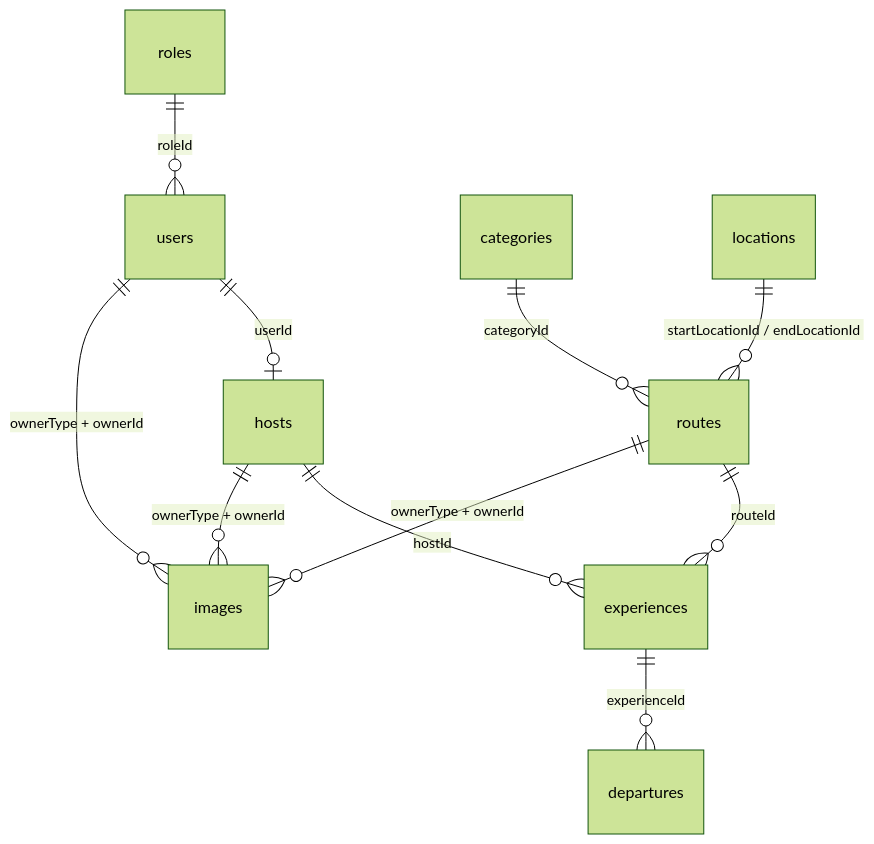
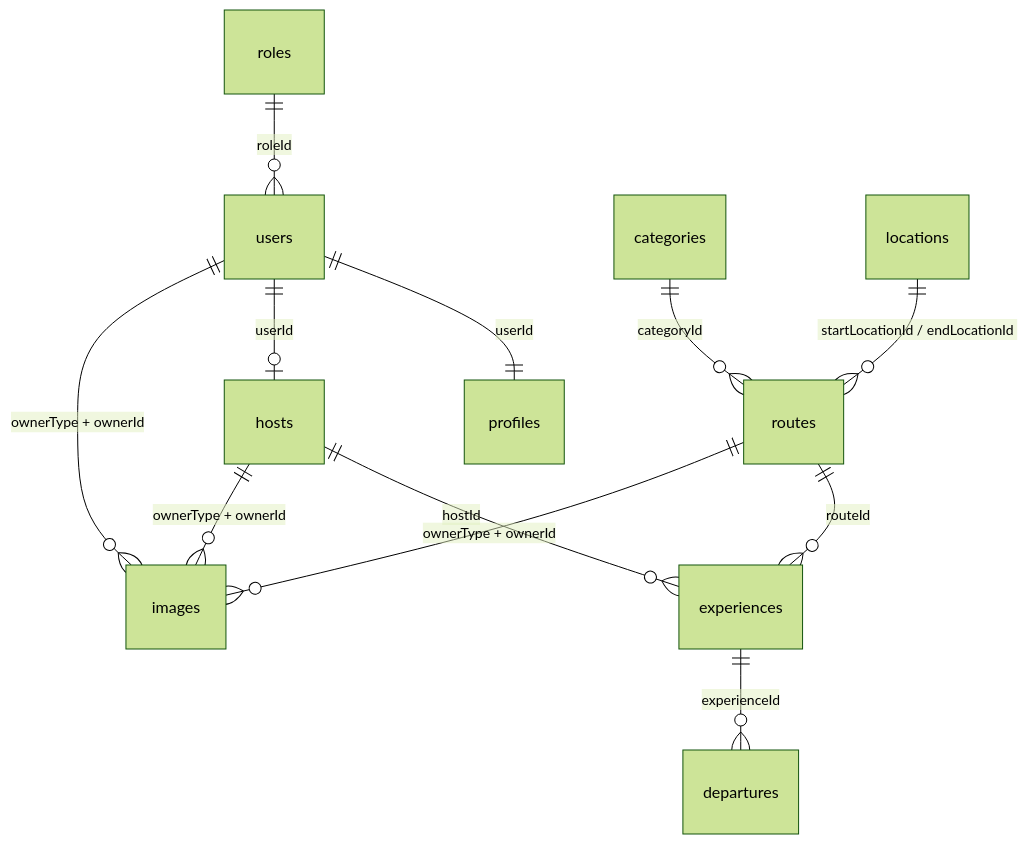
One commit to Mauro-vs/Routly changed the third of 4 diagrams in moto-routes-api/README.md. Above: the diagram before and after it, drawn with Mermaid (forest theme). The commit also changed other lines of this file and 13 other files, not shown here.

````diff
--- a/moto-routes-api/README.md
+++ b/moto-routes-api/README.md
@@ -293,13 +316,14 @@
 ```mermaid
 erDiagram
     roles ||--o{ users : "roleId"
+    users ||--|| profiles : "userId"
     users ||--o| hosts : "userId"
     hosts ||--o{ experiences : "hostId"
     categories ||--o{ routes : "categoryId"
     locations ||--o{ routes : "startLocationId / endLocationId"
     routes ||--o{ experiences : "routeId"
     experiences ||--o{ departures : "experienceId"
     routes ||--o{ images : "ownerType + ownerId"
     users ||--o{ images : "ownerType + ownerId"
     hosts ||--o{ images : "ownerType + ownerId"
 ```
````
